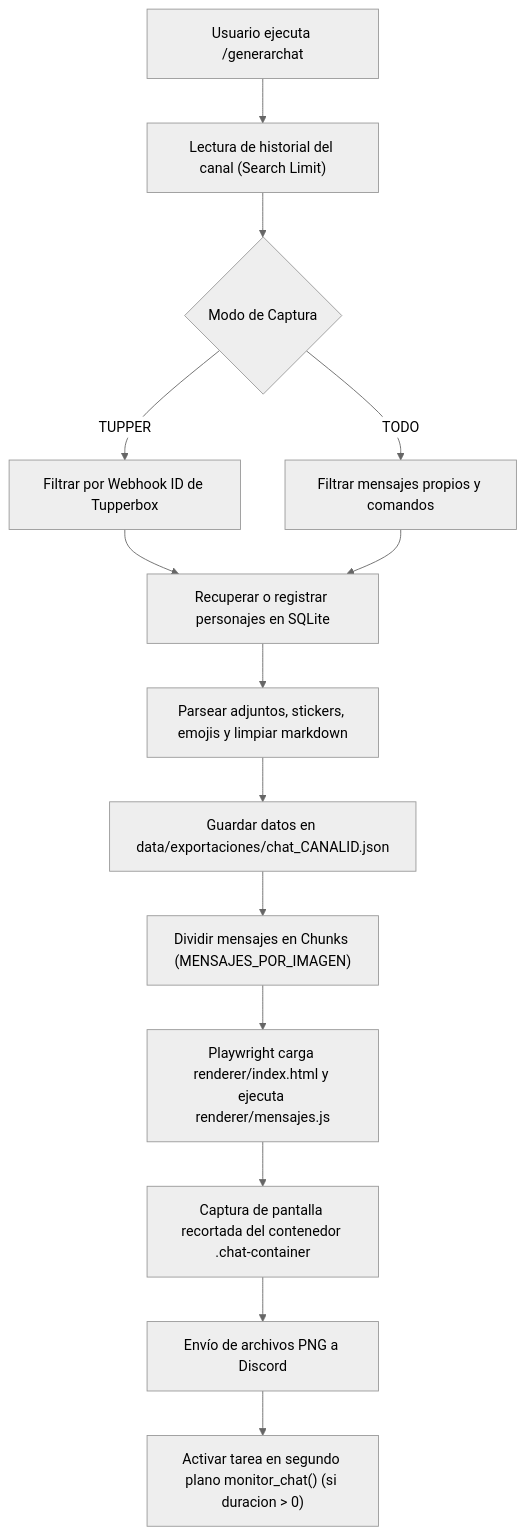
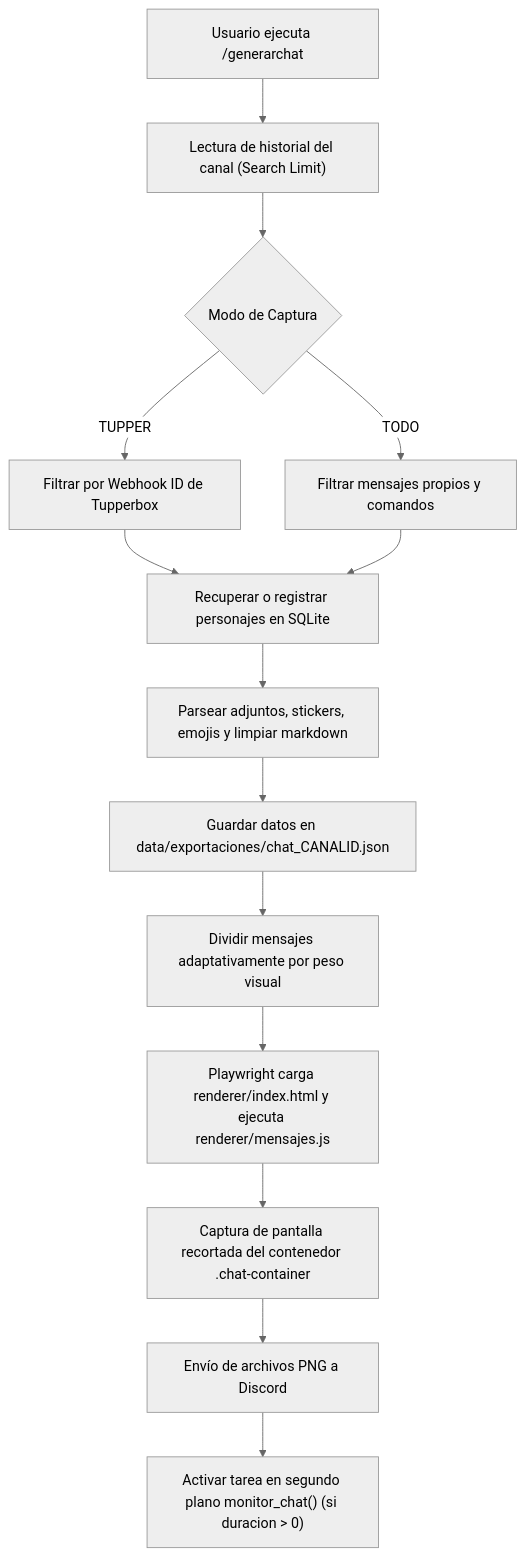
The diagram in README.md (Supermages/BotDiscord), drawn with Mermaid (neutral theme) before and after one commit. The commit also changed other lines of this file and 9 other files, not shown here.

````diff
--- a/README.md
+++ b/README.md
@@ -198,16 +224,16 @@
 ```mermaid
 flowchart TD
     A["Usuario ejecuta /generarchat"] --> B["Lectura de historial del canal (Search Limit)"]
     B --> C{"Modo de Captura"}
     C -->|"TUPPER"| D["Filtrar por Webhook ID de Tupperbox"]
     C -->|"TODO"| E["Filtrar mensajes propios y comandos"]
     D --> F["Recuperar o registrar personajes en SQLite"]
     E --> F
     F --> G["Parsear adjuntos, stickers, emojis y limpiar markdown"]
     G --> H["Guardar datos en data/exportaciones/chat_CANALID.json"]
-    H --> I["Dividir mensajes en Chunks (MENSAJES_POR_IMAGEN)"]
+    H --> I["Dividir mensajes adaptativamente por peso visual"]
     I --> J["Playwright carga renderer/index.html y ejecuta renderer/mensajes.js"]
     J --> K["Captura de pantalla recortada del contenedor .chat-container"]
     K --> L["Envío de archivos PNG a Discord"]
     L --> M["Activar tarea en segundo plano monitor_chat() (si duracion > 0)"]
 ```
````
